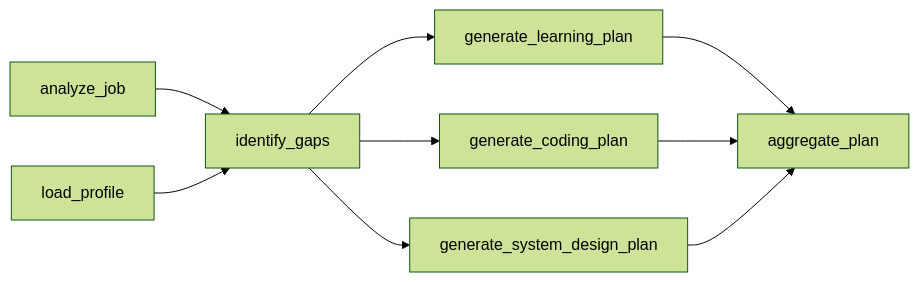
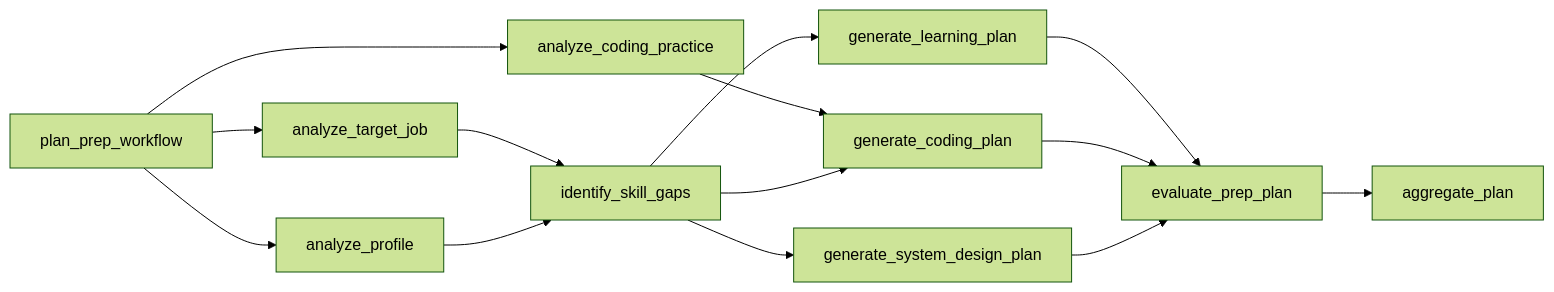
One commit to David-ChenH/CareerPilot changed the second of 2 diagrams in docs/workflow_runtime.md. Above: the diagram before and after it, drawn with Mermaid (forest theme). The commit also changed other lines of this file and 30 other files, not shown here.

Commit message:
Align agent workflow architecture

````diff
--- a/docs/workflow_runtime.md
+++ b/docs/workflow_runtime.md
@@ -103,19 +105,27 @@
 ```mermaid
 flowchart LR
-  job["analyze_job"]
-  profile["load_profile"]
-  gaps["identify_gaps"]
+  planner["plan_prep_workflow"]
+  profile["analyze_profile"]
+  job["analyze_target_job"]
+  codingState["analyze_coding_practice"]
+  gaps["identify_skill_gaps"]
   learning["generate_learning_plan"]
   coding["generate_coding_plan"]
   system["generate_system_design_plan"]
+  evaluate["evaluate_prep_plan"]
   aggregate["aggregate_plan"]
 
+  planner --> profile
+  planner --> job
+  planner --> codingState
   job --> gaps
   profile --> gaps
+  codingState --> coding
   gaps --> learning
   gaps --> coding
   gaps --> system
-  learning --> aggregate
-  coding --> aggregate
-  system --> aggregate
+  learning --> evaluate
+  coding --> evaluate
+  system --> evaluate
+  evaluate --> aggregate
 ```
````
